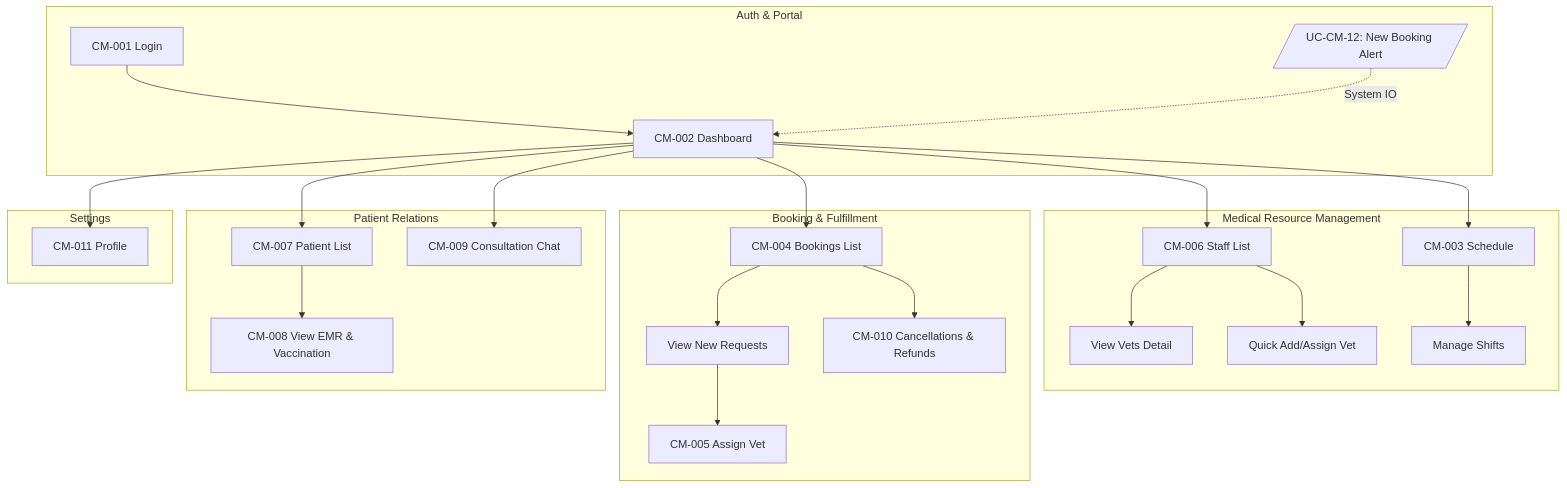
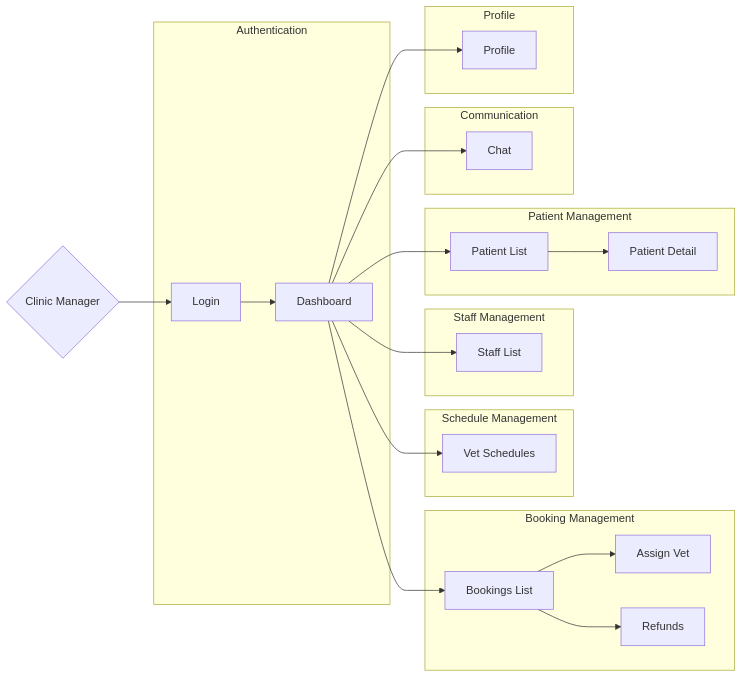
One commit to espresso23/Petties-Veterinary-Appointment-Booking-Platform changed the seventh of 9 diagrams in docs-references/documentation/SRS/PETTIES_SRS.md. Above: the diagram before and after it, drawn with Mermaid. The commit also changed other lines of this file and 2 other files, not shown here.

````diff
--- a/docs-references/documentation/SRS/PETTIES_SRS.md
+++ b/docs-references/documentation/SRS/PETTIES_SRS.md
@@ -501,35 +546,35 @@
 ```mermaid
-flowchart TD
-    subgraph "Auth & Portal"
-        CM_LOGIN[CM-001 Login] --> CM_DASH[CM-002 Dashboard]
-        CM_ALERT[/UC-CM-12: New Booking Alert/] -.->|System IO| CM_DASH
+flowchart LR
+    CM{Clinic Manager} --> CM001[Login]
+
+    subgraph Authentication
+        CM001 --> CM002[Dashboard]
     end
-    
-    subgraph "Medical Resource Management"
-        CM_DASH --> CM_VETS[CM-006 Staff List]
-        CM_VETS --> CM_VET_VIEW[View Vets Detail]
-        CM_VETS --> CM_ADD_VET[Quick Add/Assign Vet]
-        
-        CM_DASH --> CM_PLAN[CM-003 Schedule]
-        CM_PLAN --> CM_SHIFT[Manage Shifts]
+
+    subgraph Schedule_Management[Schedule Management]
+        CM002 --> CM003[Vet Schedules]
     end
-    
-    subgraph "Booking & Fulfillment"
-        CM_DASH --> CM_BOOKINGS[CM-004 Bookings List]
-        CM_BOOKINGS --> CM_NEW_BOOK[View New Requests]
-        CM_NEW_BOOK --> CM_ASSIGN[CM-005 Assign Vet]
-        
-        CM_BOOKINGS --> CM_REFUNDS[CM-010 Cancellations & Refunds]
+
+    subgraph Booking_Management[Booking Management]
+        CM002 --> CM004[Bookings List]
+        CM004 --> CM005[Assign Vet]
+        CM004 --> CM010[Refunds]
     end
-    
-    subgraph "Patient Relations"
-        CM_DASH --> CM_CRM[CM-007 Patient List]
-        CM_CRM --> CM_RECORDS[CM-008 View EMR & Vaccination]
-        
-        CM_DASH --> CM_CHAT[CM-009 Consultation Chat]
+
+    subgraph Staff_Management[Staff Management]
+        CM002 --> CM006[Staff List]
     end
-    
-    subgraph "Settings"
-        CM_DASH --> CM_PROFILE[CM-011 Profile]
+
+    subgraph Patient_Management[Patient Management]
+        CM002 --> CM007[Patient List]
+        CM007 --> CM008[Patient Detail]
+    end
+
+    subgraph Communication
+        CM002 --> CM009[Chat]
+    end
+
+    subgraph Profile
+        CM002 --> CM011[Profile]
     end
 ```
````
